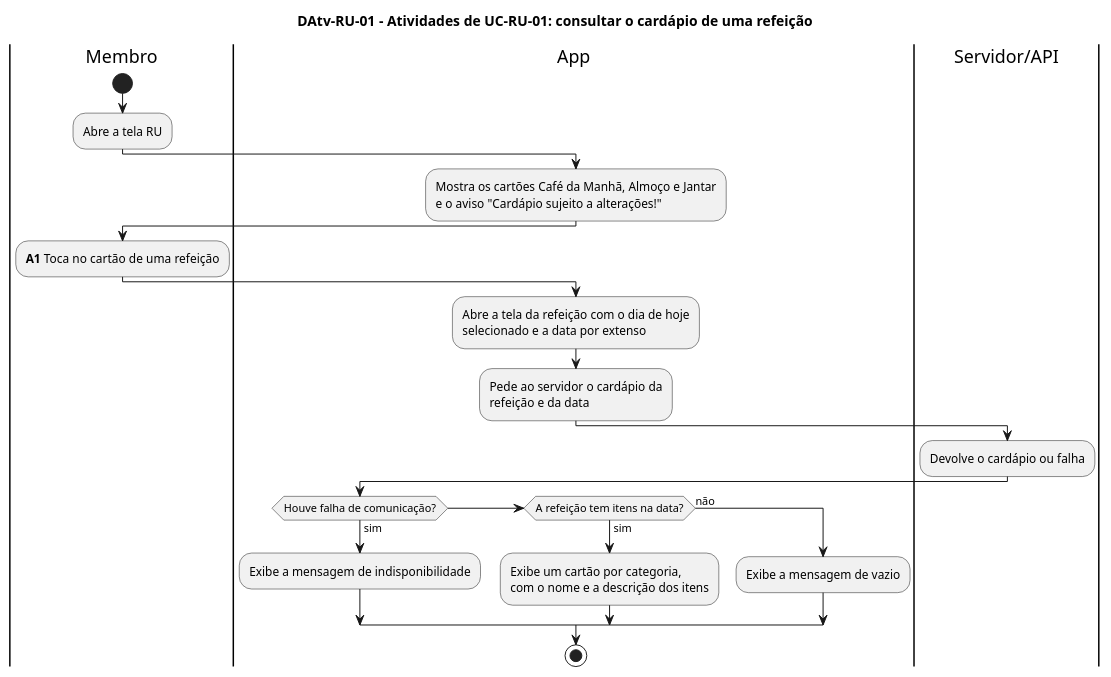
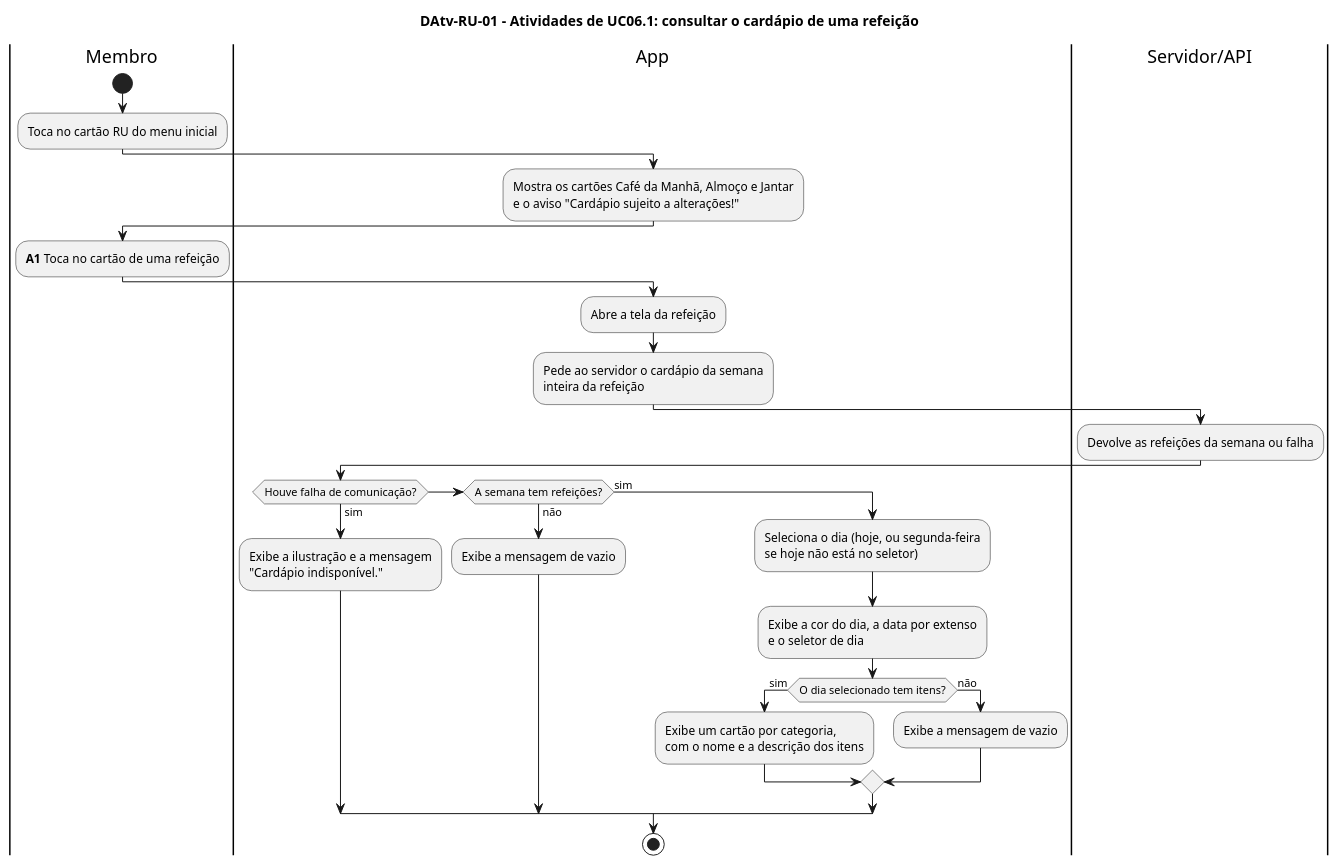
Before and after one commit to joseduardogon/Minha_UFG_Grupo_Cinza: the diagram in RU/DAtv-RU-01.puml, drawn with PlantUML. The commit also changed 131 other files, not shown here.

```diff
--- a/RU/DAtv-RU-01.puml
+++ b/RU/DAtv-RU-01.puml
@@ -1,24 +1,30 @@
 @startuml DAtv-RU-01
-title DAtv-RU-01 – Atividades de UC-RU-01: consultar o cardápio de uma refeição
+title DAtv-RU-01 – Atividades de UC06.1: consultar o cardápio de uma refeição
 |Membro|
 start
-:Abre a tela RU;
+:Toca no cartão RU do menu inicial;
 |App|
 :Mostra os cartões Café da Manhã, Almoço e Jantar\ne o aviso "Cardápio sujeito a alterações!";
 |Membro|
 :**A1** Toca no cartão de uma refeição;
 |App|
-:Abre a tela da refeição com o dia de hoje\nselecionado e a data por extenso;
-:Pede ao servidor o cardápio da\nrefeição e da data;
+:Abre a tela da refeição;
+:Pede ao servidor o cardápio da semana\ninteira da refeição;
 |Servidor/API|
-:Devolve o cardápio ou falha;
+:Devolve as refeições da semana ou falha;
 |App|
 if (Houve falha de comunicação?) then (sim)
-  :Exibe a mensagem de indisponibilidade;
-elseif (A refeição tem itens na data?) then (sim)
-  :Exibe um cartão por categoria,\ncom o nome e a descrição dos itens;
-else (não)
+  :Exibe a ilustração e a mensagem\n"Cardápio indisponível.";
+elseif (A semana tem refeições?) then (não)
   :Exibe a mensagem de vazio;
+else (sim)
+  :Seleciona o dia (hoje, ou segunda-feira\nse hoje não está no seletor);
+  :Exibe a cor do dia, a data por extenso\ne o seletor de dia;
+  if (O dia selecionado tem itens?) then (sim)
+    :Exibe um cartão por categoria,\ncom o nome e a descrição dos itens;
+  else (não)
+    :Exibe a mensagem de vazio;
+  endif
 endif
 stop
 @enduml
```
